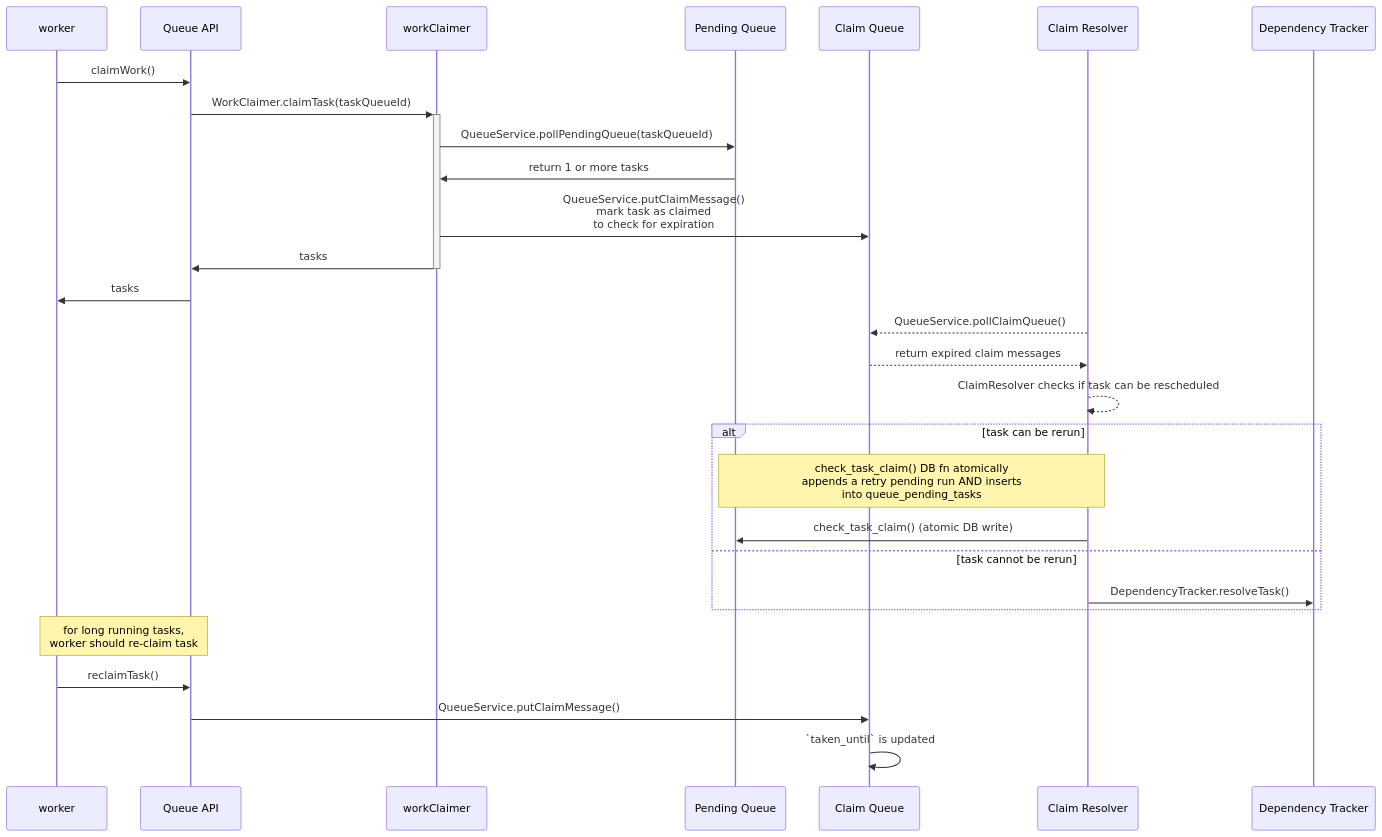
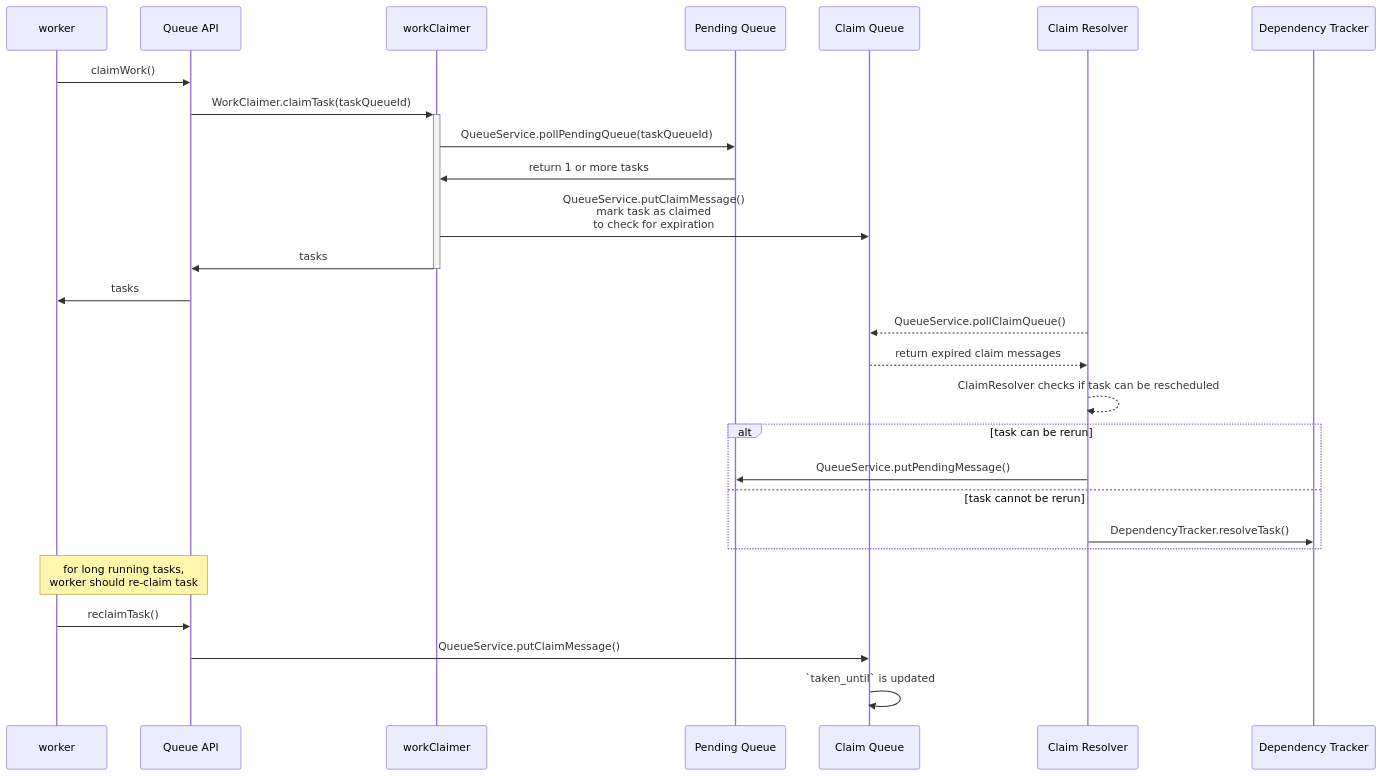
One commit to petemoore/taskcluster changed the second of 3 diagrams in services/queue/README.md. Above: the diagram before and after it, drawn with Mermaid. The commit also changed other lines of this file and 1959 other files, not shown here.

````diff
--- a/services/queue/README.md
+++ b/services/queue/README.md
@@ -60,35 +58,34 @@
 ```mermaid
 sequenceDiagram
   participant worker
   participant queue as Queue API
   participant workClaimer
   participant pendingQueue as Pending Queue
   participant claimQueue as Claim Queue
   participant claimResolver as Claim Resolver
   participant dependencyTracker as Dependency Tracker
 
   worker->>queue: claimWork()
   queue->>+workClaimer: WorkClaimer.claimTask(taskQueueId)
   workClaimer->>pendingQueue: QueueService.pollPendingQueue(taskQueueId)
   pendingQueue->>workClaimer: return 1 or more tasks
   workClaimer->>claimQueue: QueueService.putClaimMessage() <br> mark task as claimed<br> to check for expiration
   workClaimer->>-queue: tasks
   queue->>worker: tasks
 
   claimResolver-->>claimQueue: QueueService.pollClaimQueue()
   claimQueue-->>claimResolver: return expired claim messages
   claimResolver-->>claimResolver: ClaimResolver checks if task can be rescheduled
 
   alt task can be rerun
-    note over claimResolver,pendingQueue: check_task_claim() DB fn atomically<br> appends a retry pending run AND inserts<br> into queue_pending_tasks
-    claimResolver->>pendingQueue: check_task_claim() (atomic DB write)
+    claimResolver->>pendingQueue: QueueService.putPendingMessage()
   else task cannot be rerun
     claimResolver->>dependencyTracker: DependencyTracker.resolveTask()
   end
 
   note over worker, queue: for long running tasks,<br> worker should re-claim task
   worker->>queue: reclaimTask()
   queue->>claimQueue: QueueService.putClaimMessage()
   claimQueue->>claimQueue: `taken_until` is updated
 
 ```
````
